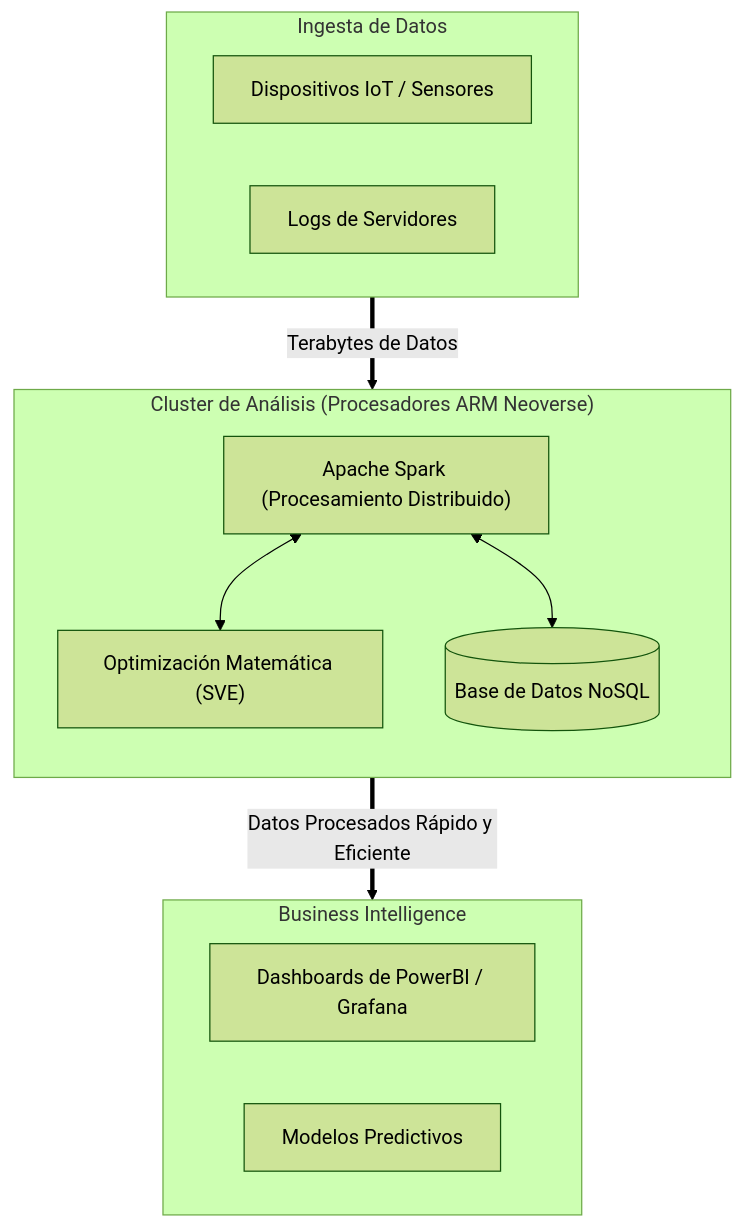
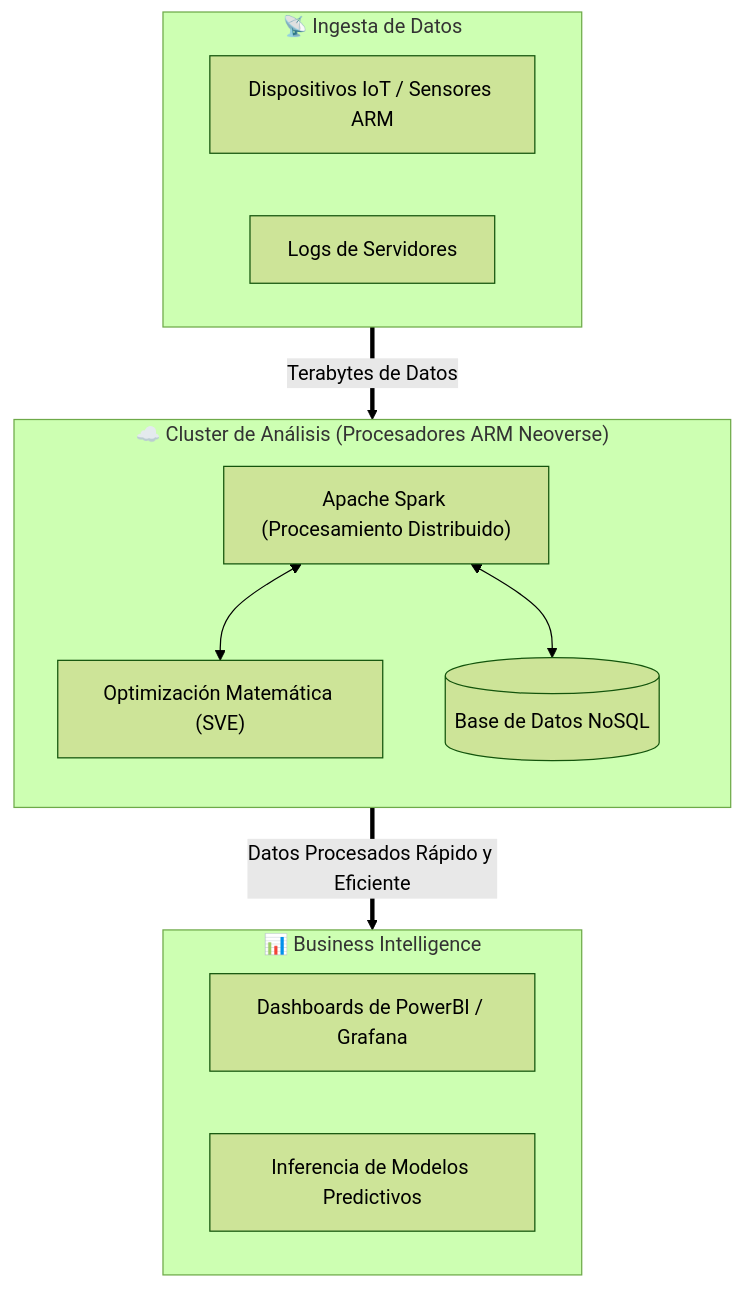
One commit to tectijuana/interfaz changed the diagram in docs/research26a/ARM en aplicaciones de análisis de datos 2/README.md. Above: the diagram before and after it, drawn with Mermaid (forest theme). The commit also changed other lines of this file, not shown here.

Commit message:
Peer - Review - ARM en aplicaciones de analisis de datos 2

````diff
--- a/docs/research26a/ARM en aplicaciones de análisis de datos 2/README.md
+++ b/docs/research26a/ARM en aplicaciones de análisis de datos 2/README.md
@@ -71,25 +90,25 @@
 ```mermaid
 flowchart TD
-    subgraph Ingestion ["Ingesta de Datos"]
-        IoT[Dispositivos IoT / Sensores]
+    subgraph Ingestion ["📡 Ingesta de Datos"]
+        IoT[Dispositivos IoT / Sensores ARM]
         WebLogs[Logs de Servidores]
     end
 
-    subgraph Cluster_ARM ["Cluster de Análisis (Procesadores ARM Neoverse)"]
+    subgraph Cluster_ARM ["☁️ Cluster de Análisis (Procesadores ARM Neoverse)"]
         direction TB
         Spark["Apache Spark (Procesamiento Distribuido)"]
         SVE["Optimización Matemática (SVE)"]
         DB[(Base de Datos NoSQL)]
         
         Spark <--> SVE
         Spark <--> DB
     end
 
-    subgraph BI_Reporting ["Business Intelligence"]
+    subgraph BI_Reporting ["📊 Business Intelligence"]
         Dash[Dashboards de PowerBI / Grafana]
-        ML[Modelos Predictivos]
+        ML[Inferencia de Modelos Predictivos]
     end
 
     Ingestion ==>|Terabytes de Datos| Cluster_ARM
     Cluster_ARM ==>|Datos Procesados Rápido y Eficiente| BI_Reporting
 ```
````
